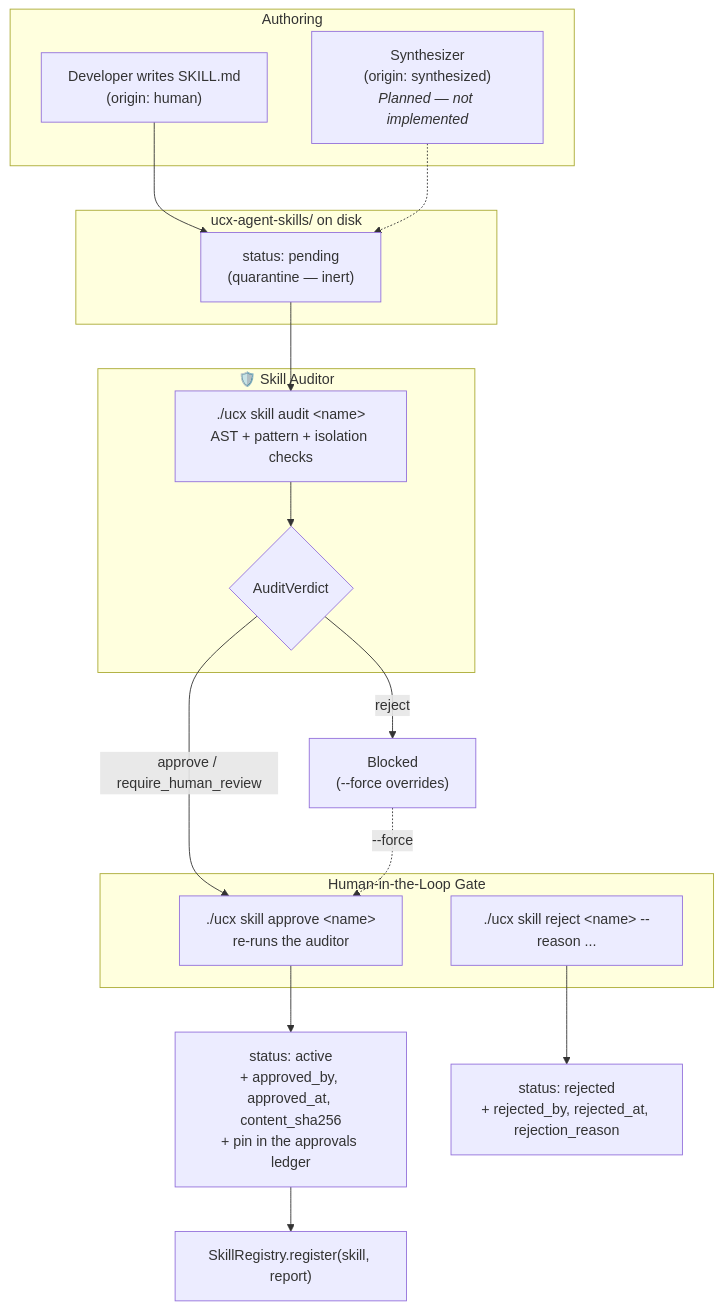
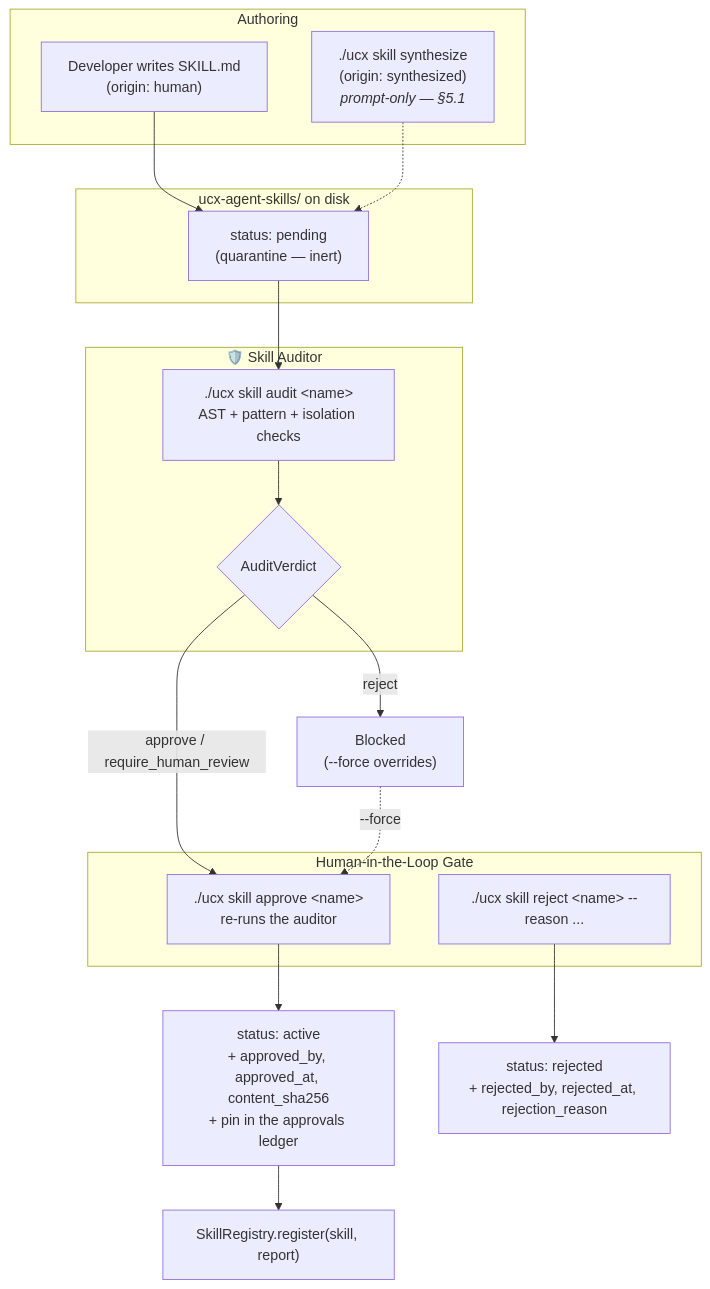
Before and after one commit to UClone-AI/uclone-x: the diagram in docs/skill-system-architecture.md, drawn with Mermaid. The commit also changed other lines of this file and 56 other files, not shown here.

````diff
--- a/docs/skill-system-architecture.md
+++ b/docs/skill-system-architecture.md
@@ -347,32 +375,32 @@
 ```mermaid
 flowchart TD
     subgraph Author["Authoring"]
         Human["Developer writes SKILL.md<br/>(origin: human)"]
-        Synth["Synthesizer<br/>(origin: synthesized)<br/><i>Planned — not implemented</i>"]
+        Synth["./ucx skill synthesize<br/>(origin: synthesized)<br/><i>prompt-only — §5.1</i>"]
     end
 
     subgraph Disk["ucx-agent-skills/ on disk"]
         Pending["status: pending<br/>(quarantine — inert)"]
     end
 
     subgraph AuditorBox["🛡️ Skill Auditor"]
         Audit["./ucx skill audit &lt;name&gt;<br/>AST + pattern + isolation checks"]
         Verdict{"AuditVerdict"}
     end
 
     subgraph Gate["Human-in-the-Loop Gate"]
         Approve["./ucx skill approve &lt;name&gt;<br/>re-runs the auditor"]
         Reject["./ucx skill reject &lt;name&gt; --reason ..."]
     end
 
     Human --> Pending
     Synth -.-> Pending
     Pending --> Audit
     Audit --> Verdict
     Verdict -->|approve / require_human_review| Approve
     Verdict -->|reject| Blocked["Blocked<br/>(--force overrides)"]
     Blocked -.->|"--force"| Approve
     Approve --> Active["status: active<br/>+ approved_by, approved_at, content_sha256<br/>+ pin in the approvals ledger"]
     Reject --> Rejected["status: rejected<br/>+ rejected_by, rejected_at, rejection_reason"]
     Active --> Registry["SkillRegistry.register(skill, report)"]
 ```
````
